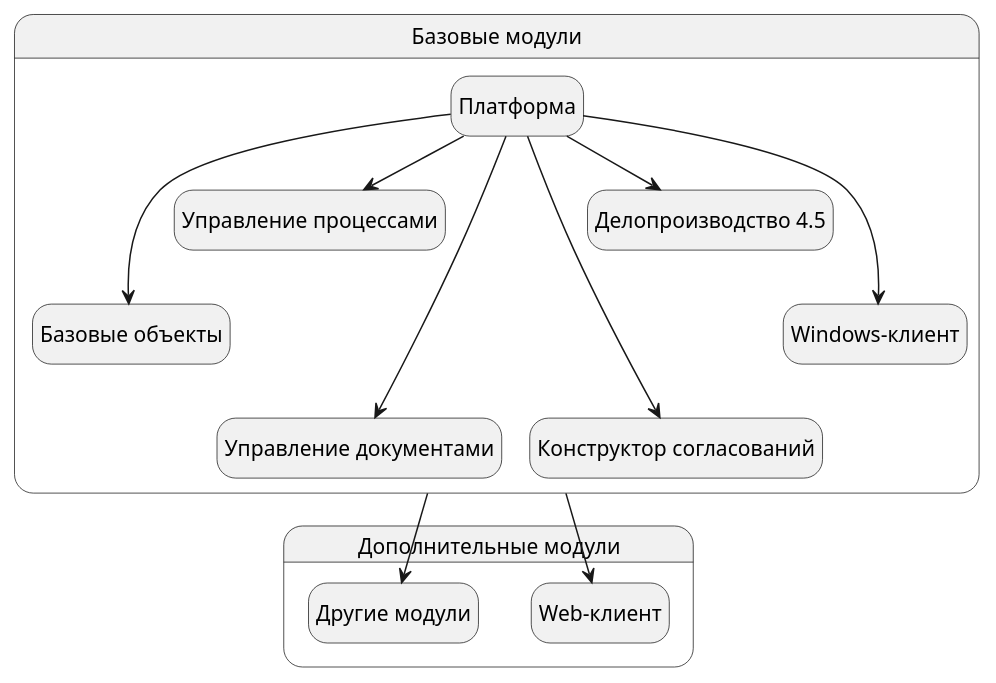
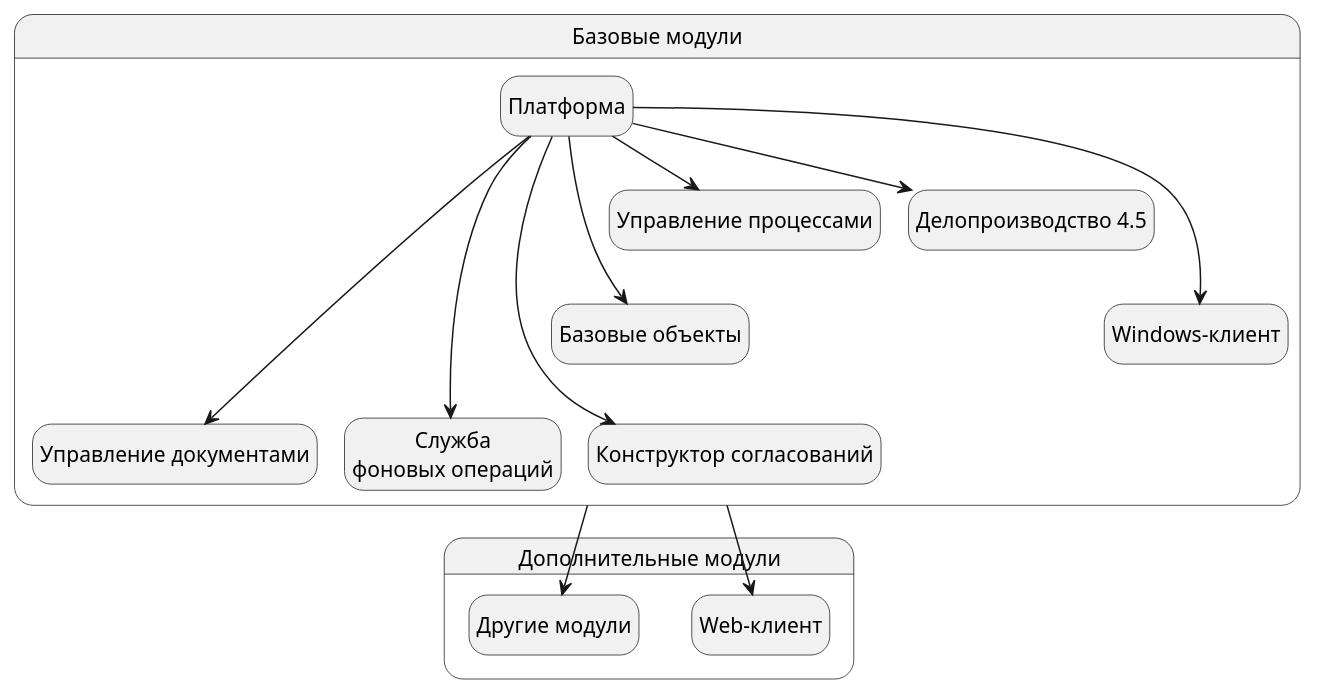
The diagram in modules/ROOT/pages/index.adoc (Docsvision/antora-install-guide), drawn with PlantUML before and after one commit. The commit also changed other lines of this file and 6 other files, not shown here.

```diff
--- a/modules/ROOT/pages/index.adoc
+++ b/modules/ROOT/pages/index.adoc
@@ -29,39 +30,43 @@
 [plantuml, svg]
 ....
 @startuml
 hide empty description
 '!pragma layout elk
 skinparam rectangleBorderThickness 1
 skinparam defaultTextAlignment center
 skinparam lifelineStrategy solid
 skinparam monochrome true
 
 State "Базовые модули" as base {
 
 State "Платформа" as platform
 State "Базовые объекты" as baseobjects
 State "Управление процессами" as workflow
 State "Управление документами" as documentmanagement
 State "Конструктор согласований" as approvaldesigner
 State "Делопроизводство 4.5" as takeoffice
 State "Windows-клиент" as windowsclient
+State "Служба\nфоновых операций" as workerservice
 }
 
 platform ---> baseobjects
 platform --> workflow
 platform --> takeoffice
 platform ---> windowsclient
 platform ----> documentmanagement
 platform ----> approvaldesigner
+platform ---down-> workerservice
+documentmanagement -[hidden]right-> workerservice
+approvaldesigner -[hidden]left-> workerservice
 
 State "Дополнительные модули" as additional {
 
 State "Web-клиент" as webclient
 State "Другие модули" as other
 }
 
 base --> webclient
 base --> other
 
 @enduml
 ....
```
